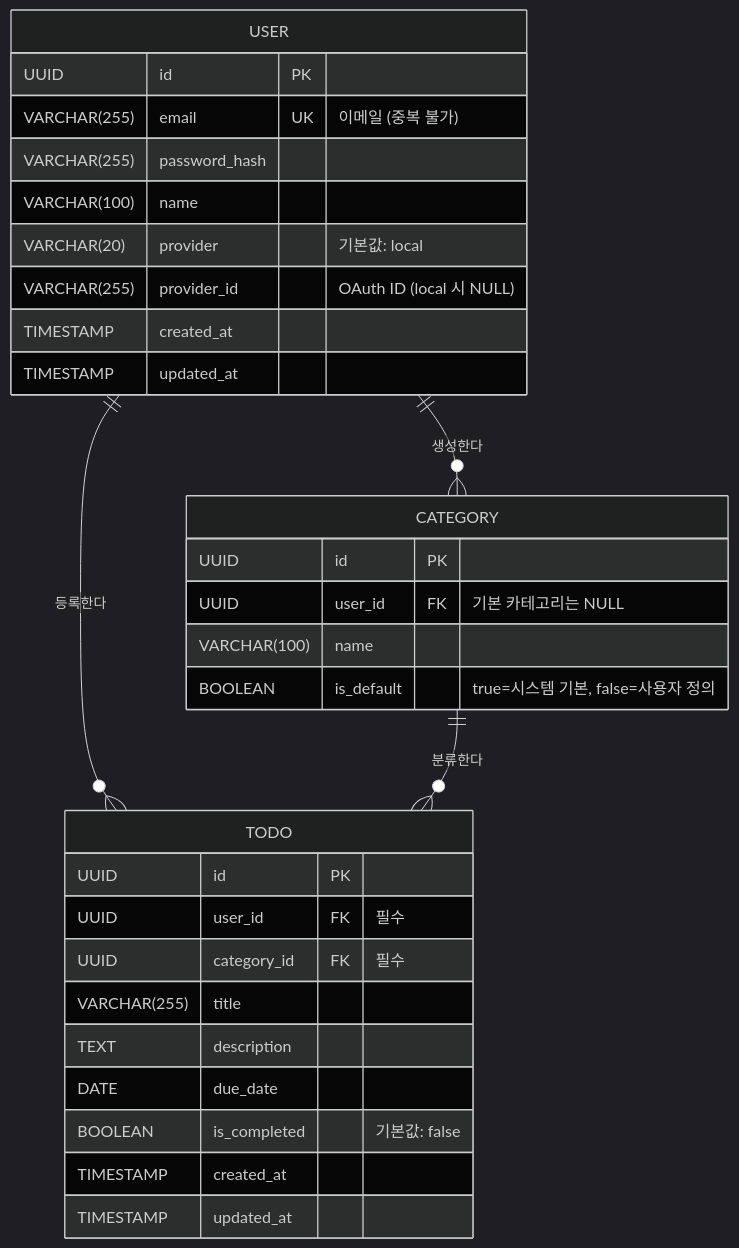
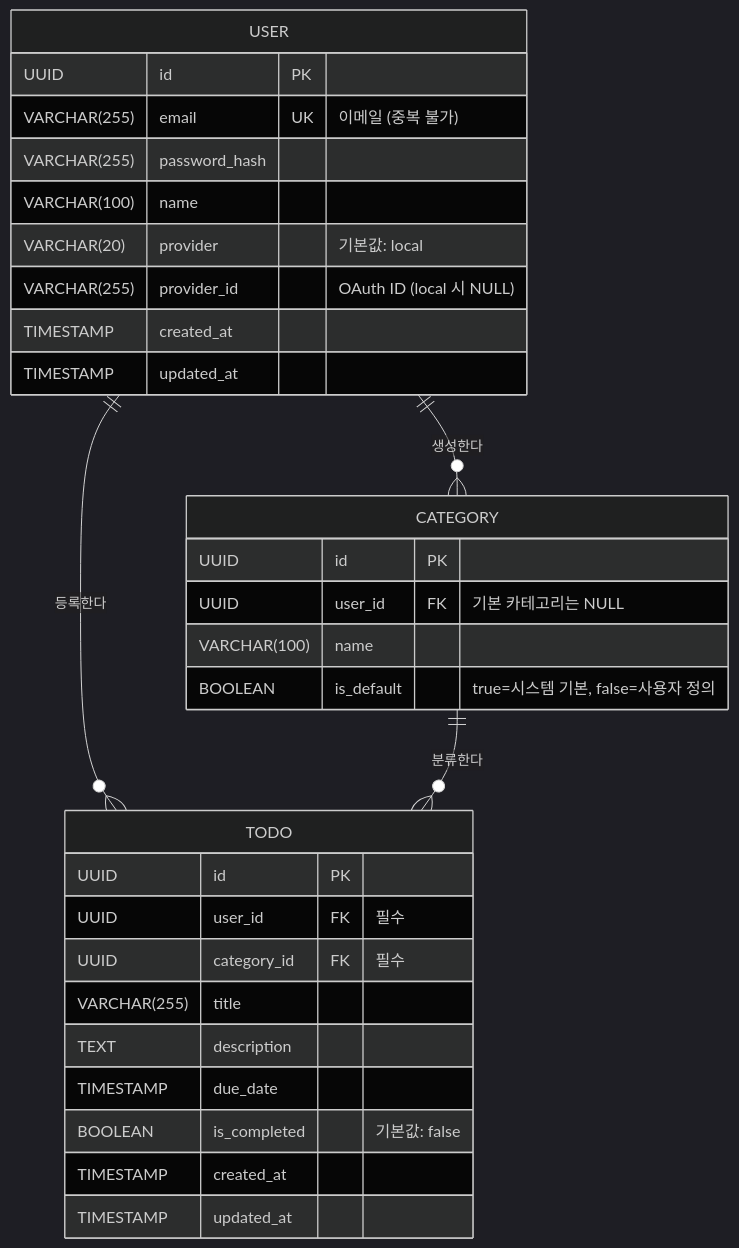
One commit to dreamerseps/todolist-app changed the diagram in docs/6-erd.md. Above: the diagram before and after it, drawn with Mermaid (dark theme). The commit also changed other lines of this file and 199 other files, not shown here.

````diff
--- a/docs/6-erd.md
+++ b/docs/6-erd.md
@@ -19,36 +21,36 @@
 ```mermaid
 erDiagram
     USER ||--o{ CATEGORY : "생성한다"
     USER ||--o{ TODO : "등록한다"
     CATEGORY ||--o{ TODO : "분류한다"
 
     USER {
         UUID id PK
         VARCHAR(255) email UK "이메일 (중복 불가)"
         VARCHAR(255) password_hash
         VARCHAR(100) name
         VARCHAR(20) provider "기본값: local"
         VARCHAR(255) provider_id "OAuth ID (local 시 NULL)"
         TIMESTAMP created_at
         TIMESTAMP updated_at
     }
 
     CATEGORY {
         UUID id PK
         UUID user_id FK "기본 카테고리는 NULL"
         VARCHAR(100) name
         BOOLEAN is_default "true=시스템 기본, false=사용자 정의"
     }
 
     TODO {
         UUID id PK
         UUID user_id FK "필수"
         UUID category_id FK "필수"
         VARCHAR(255) title
         TEXT description
-        DATE due_date
+        TIMESTAMP due_date
         BOOLEAN is_completed "기본값: false"
         TIMESTAMP created_at
         TIMESTAMP updated_at
     }
 ```
````
